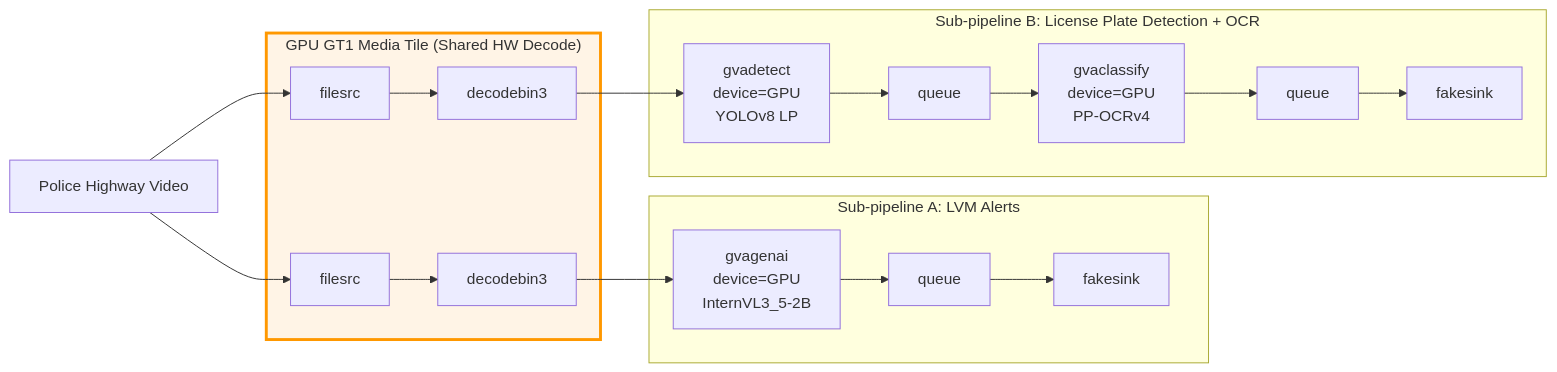
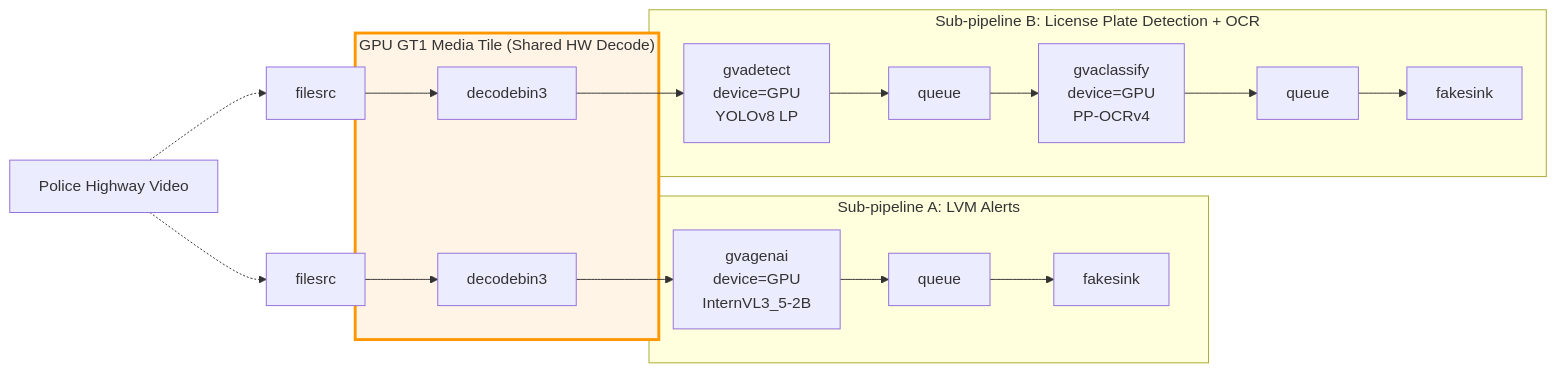
One commit to open-edge-platform/dlstreamer changed the first of 3 diagrams in docs/user-guide/dev_guide/heterogeneous_systems_guide.md. Above: the diagram before and after it, drawn with Mermaid. The commit also changed other lines of this file, not shown here.

Commit message:
Update diagrams

````diff
--- a/docs/user-guide/dev_guide/heterogeneous_systems_guide.md
+++ b/docs/user-guide/dev_guide/heterogeneous_systems_guide.md
@@ -216,22 +216,25 @@
 ```mermaid
 flowchart LR
     Video1["Police Highway Video"]
     
-    Video1 --> V1A[filesrc]
-    Video1 --> V1B[filesrc]
+    Video1 -.-> V1A[filesrc]
+    Video1 -.-> V1B[filesrc]
+    
+    V1A --> D1
+    V1B --> D2
     
     subgraph GT1["GPU GT1 Media Tile (Shared HW Decode)"]
-        V1A --> D1[decodebin3]
-        V1B --> D2[decodebin3]
+        D1[decodebin3]
+        D2[decodebin3]
     end
     
     subgraph SubA["Sub-pipeline A: LVM Alerts"]
         D1 --> LVM["gvagenai<br/>device=GPU<br/>InternVL3_5-2B"] --> Q1[queue] --> F1[fakesink]
     end
     
     subgraph SubB["Sub-pipeline B: License Plate Detection + OCR"]
         D2 --> DET["gvadetect<br/>device=GPU<br/>YOLOv8 LP"] --> Q2[queue] --> OCR["gvaclassify<br/>device=GPU<br/>PP-OCRv4"] --> Q3[queue] --> F2[fakesink]
     end
     
     style GT1 fill:#fff4e6,stroke:#ff9800,stroke-width:3px
 ```
````
